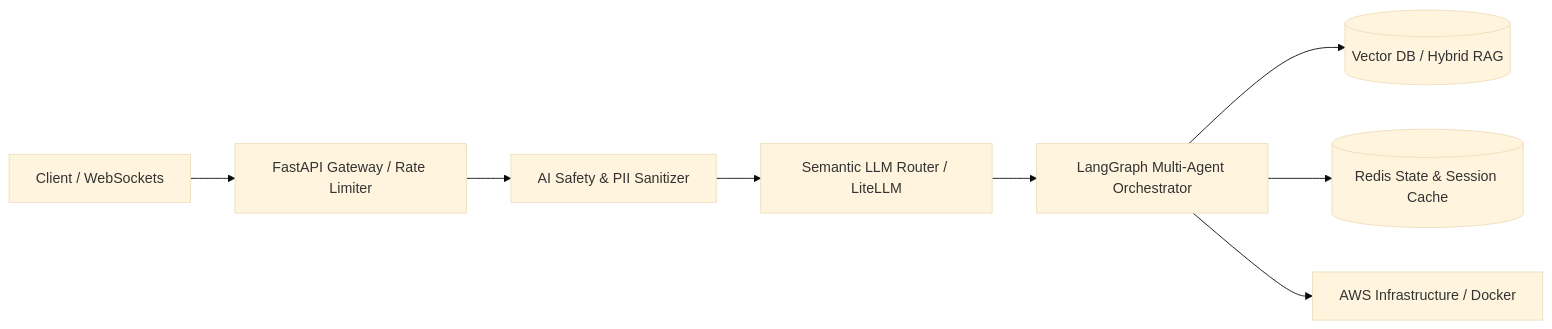
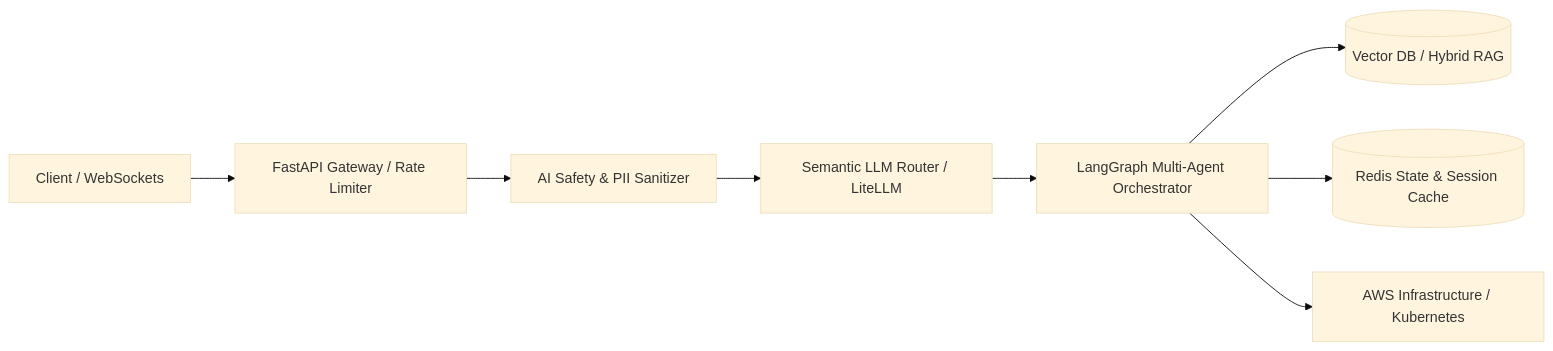
One commit to ahmedgeeter/ahmedgeeter changed the diagram in README.md. Above: the diagram before and after it, drawn with Mermaid (base theme). The commit also changed other lines of this file, not shown here.

````diff
--- a/README.md
+++ b/README.md
@@ -221,10 +222,10 @@
 ```mermaid
 graph LR
     User[Client / WebSockets] --> Gateway[FastAPI Gateway / Rate Limiter]
     Gateway --> Guardrail[AI Safety & PII Sanitizer]
     Guardrail --> Router[Semantic LLM Router / LiteLLM]
     Router --> Agents[LangGraph Multi-Agent Orchestrator]
     Agents --> VectorDB[(Vector DB / Hybrid RAG)]
     Agents --> Cache[(Redis State & Session Cache)]
-    Agents --> Cloud[AWS Infrastructure / Docker]
+    Agents --> Cloud[AWS Infrastructure / Kubernetes]
 ```
````
